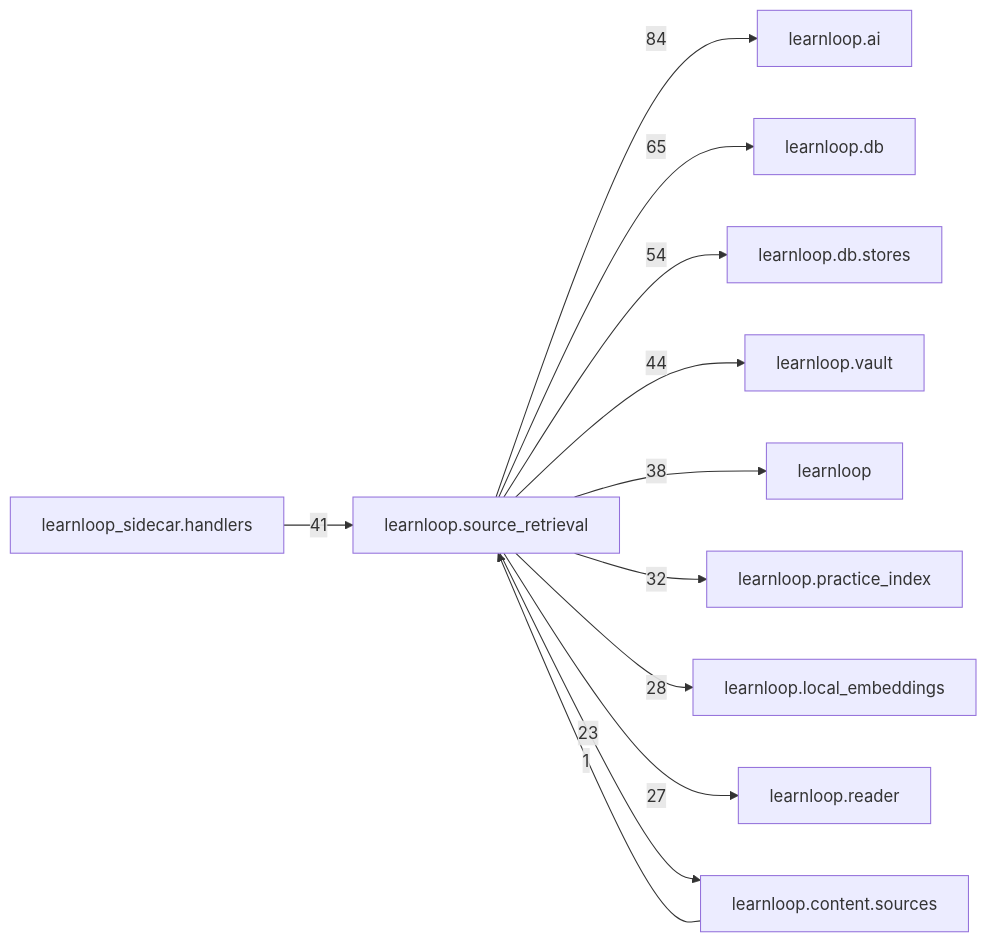
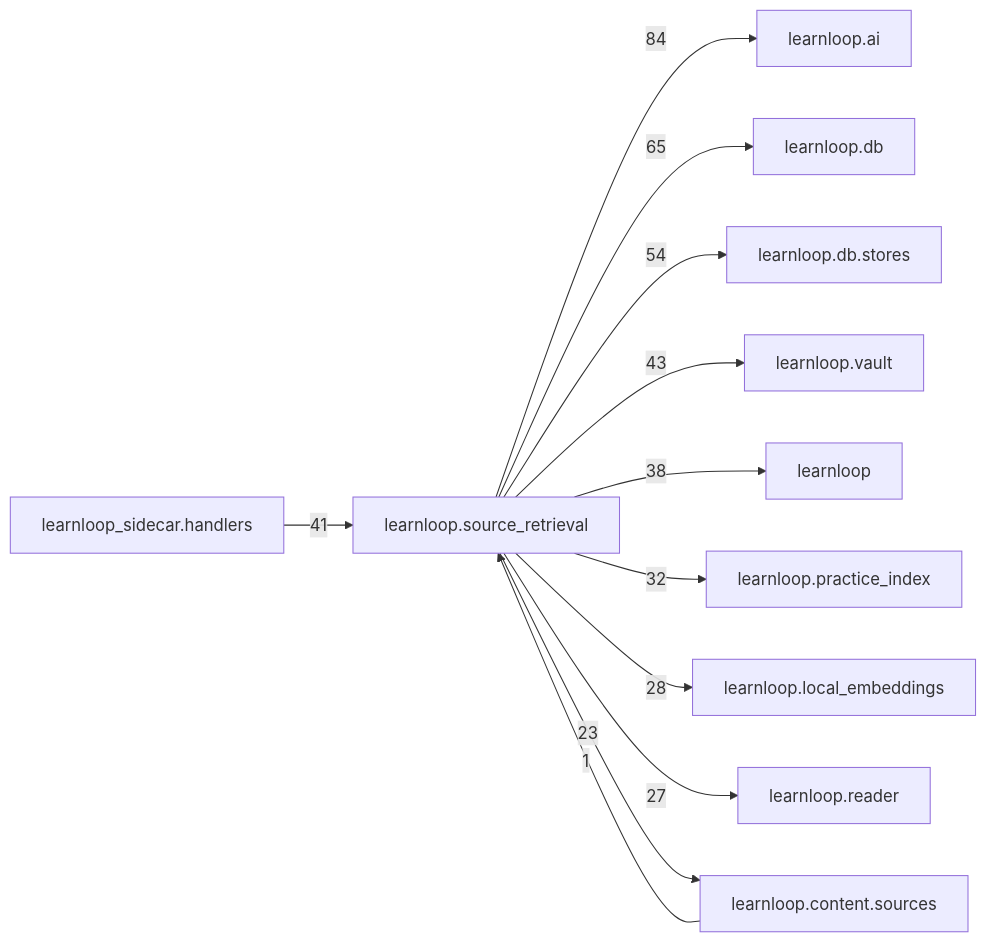
The diagram in docs/learnloop-architecture-vault/Reference/Modules/learnloop/source_retrieval/_package.md (6up-b/learnanything), drawn with Mermaid before and after one commit. The commit also changed other lines of this file and 181 other files, not shown here.

````diff
--- a/docs/learnloop-architecture-vault/Reference/Modules/learnloop/source_retrieval/_package.md
+++ b/docs/learnloop-architecture-vault/Reference/Modules/learnloop/source_retrieval/_package.md
@@ -183,25 +183,25 @@
 ```mermaid
 flowchart LR
     center["learnloop.source_retrieval"]
     n_learnloop_ai["learnloop.ai"]
     n_learnloop_db["learnloop.db"]
     n_learnloop_db_stores["learnloop.db.stores"]
     n_learnloop_vault["learnloop.vault"]
     n_learnloop_sidecar_handlers["learnloop_sidecar.handlers"]
     n_learnloop["learnloop"]
     n_learnloop_practice_index["learnloop.practice_index"]
     n_learnloop_local_embeddings["learnloop.local_embeddings"]
     n_learnloop_reader["learnloop.reader"]
     n_learnloop_content_sources["learnloop.content.sources"]
     center -->|84| n_learnloop_ai
     center -->|65| n_learnloop_db
     center -->|54| n_learnloop_db_stores
-    center -->|44| n_learnloop_vault
+    center -->|43| n_learnloop_vault
     n_learnloop_sidecar_handlers -->|41| center
     center -->|38| n_learnloop
     center -->|32| n_learnloop_practice_index
     center -->|28| n_learnloop_local_embeddings
     center -->|27| n_learnloop_reader
     n_learnloop_content_sources -->|1| center
     center -->|23| n_learnloop_content_sources
 ```
````
